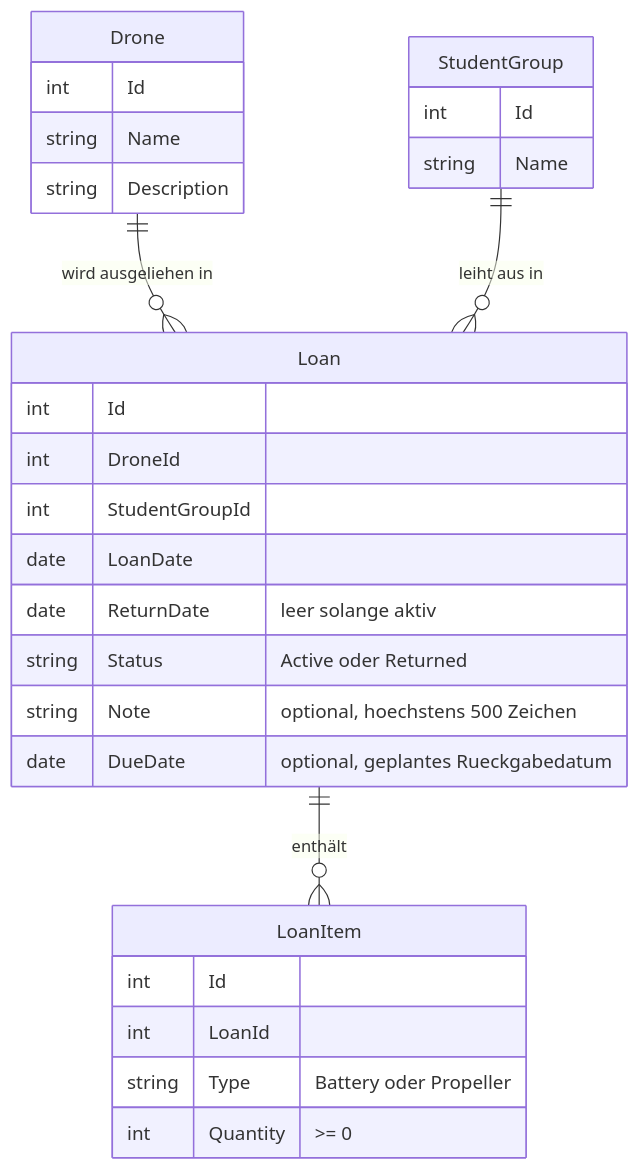
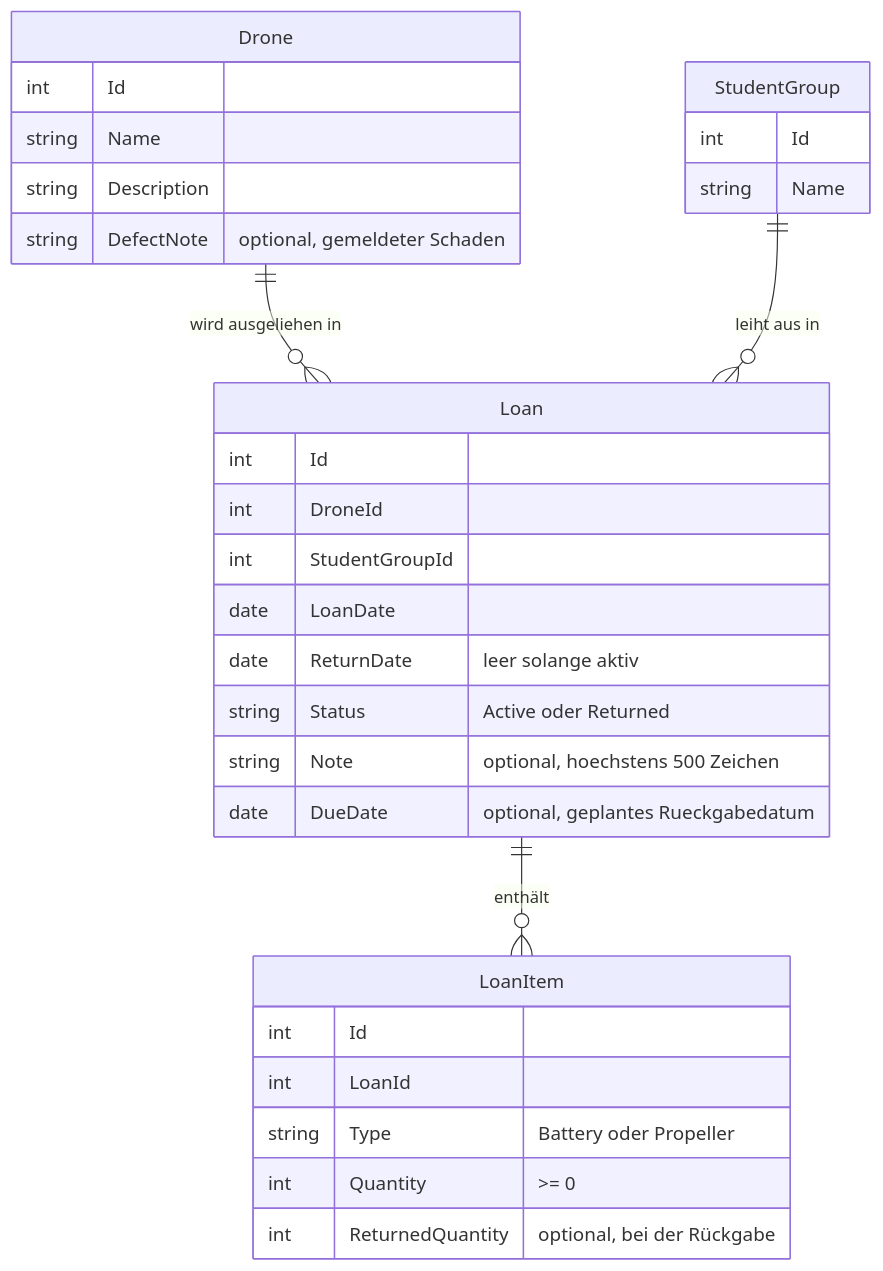
Before and after one commit to AntonGschwendtner/Drohnenverwaltung_Gschwendtner_Sonnleitner: the diagram in docs/domain-model.md, drawn with Mermaid. The commit also changed other lines of this file and 3 other files, not shown here.

````diff
--- a/docs/domain-model.md
+++ b/docs/domain-model.md
@@ -19,32 +19,34 @@
 ```mermaid
 erDiagram
     Drone ||--o{ Loan : "wird ausgeliehen in"
     StudentGroup ||--o{ Loan : "leiht aus in"
     Loan ||--o{ LoanItem : "enthält"
 
     Drone {
         int Id
         string Name
         string Description
+        string DefectNote "optional, gemeldeter Schaden"
     }
     StudentGroup {
         int Id
         string Name
     }
     Loan {
         int Id
         int DroneId
         int StudentGroupId
         date LoanDate
         date ReturnDate "leer solange aktiv"
         string Status "Active oder Returned"
         string Note "optional, hoechstens 500 Zeichen"
         date DueDate "optional, geplantes Rueckgabedatum"
     }
     LoanItem {
         int Id
         int LoanId
         string Type "Battery oder Propeller"
         int Quantity ">= 0"
+        int ReturnedQuantity "optional, bei der Rückgabe"
     }
 ```
````
